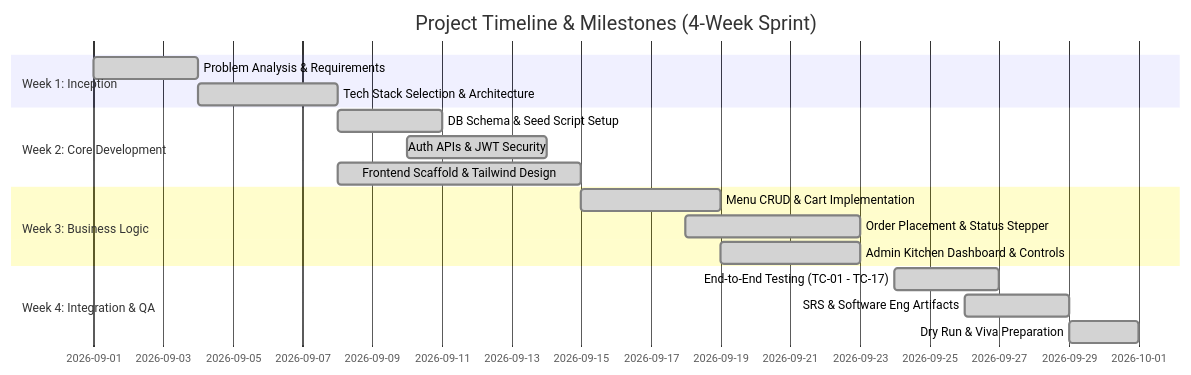
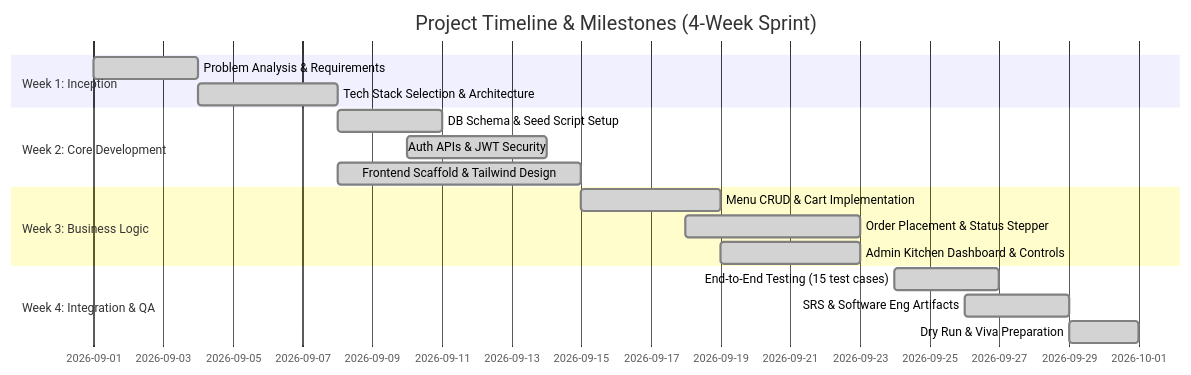
One commit to Khushi3137/CanteenConnect changed the diagram in docs/PROJECT_PLAN.md. Above: the diagram before and after it, drawn with Mermaid. The commit also changed other lines of this file and 5 other files, not shown here.

````diff
--- a/docs/PROJECT_PLAN.md
+++ b/docs/PROJECT_PLAN.md
@@ -19,20 +18,20 @@
 ```mermaid
 gantt
     title Project Timeline & Milestones (4-Week Sprint)
     dateFormat  YYYY-MM-DD
     section Week 1: Inception
     Problem Analysis & Requirements     :done, w1_1, 2026-09-01, 3d
     Tech Stack Selection & Architecture :done, w1_2, after w1_1, 4d
     section Week 2: Core Development
     DB Schema & Seed Script Setup       :done, w2_1, 2026-09-08, 3d
     Auth APIs & JWT Security            :done, w2_2, 2026-09-10, 4d
     Frontend Scaffold & Tailwind Design :done, w2_3, 2026-09-08, 7d
     section Week 3: Business Logic
     Menu CRUD & Cart Implementation     :done, w3_1, 2026-09-15, 4d
     Order Placement & Status Stepper    :done, w3_2, 2026-09-18, 5d
     Admin Kitchen Dashboard & Controls  :done, w3_3, 2026-09-19, 4d
     section Week 4: Integration & QA
-    End-to-End Testing (TC-01 - TC-17)  :done, w4_1, 2026-09-24, 3d
+    End-to-End Testing (15 test cases)  :done, w4_1, 2026-09-24, 3d
     SRS & Software Eng Artifacts        :done, w4_2, 2026-09-26, 3d
     Dry Run & Viva Preparation          :done, w4_3, 2026-09-29, 2d
 ```
````
